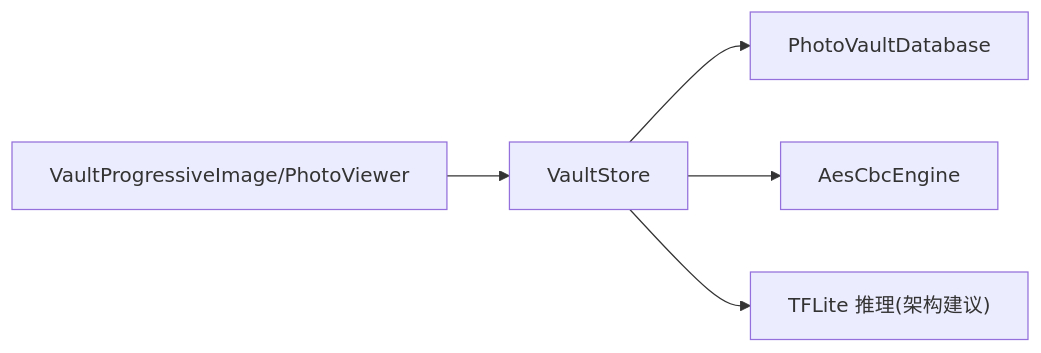
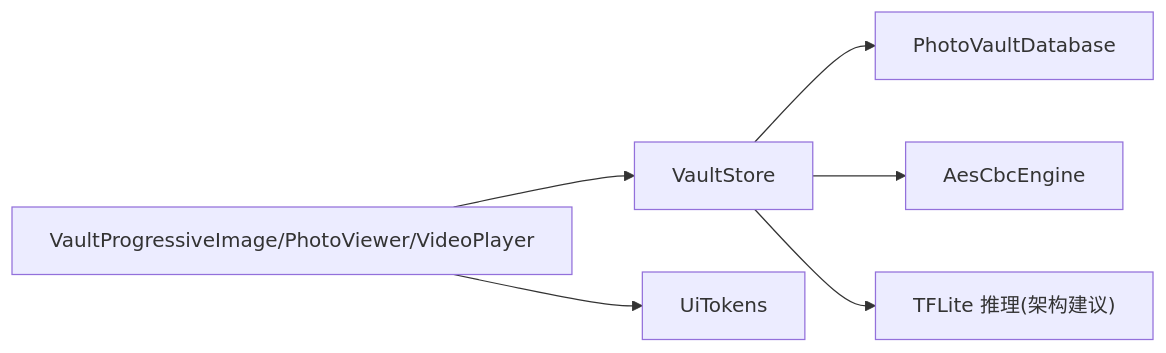
Before and after one commit to wanhongbo/ai-photo-vault: the eighth of 8 diagrams in .qoder/repowiki/zh/content/性能优化/图像处理优化.md, drawn with Mermaid. The commit also changed other lines of this file and 22 other files, not shown here.

````diff
--- a/.qoder/repowiki/zh/content/性能优化/图像处理优化.md
+++ b/.qoder/repowiki/zh/content/性能优化/图像处理优化.md
@@ -262,7 +317,8 @@
 ```mermaid
 graph LR
-UI["VaultProgressiveImage/PhotoViewer"] --> Store["VaultStore"]
+UI["VaultProgressiveImage/PhotoViewer/VideoPlayer"] --> Store["VaultStore"]
+UI --> THEME["UiTokens"]
 Store --> DB["PhotoVaultDatabase"]
 Store --> Crypto["AesCbcEngine"]
 Store --> ML["TFLite 推理(架构建议)"]
 ```
````
